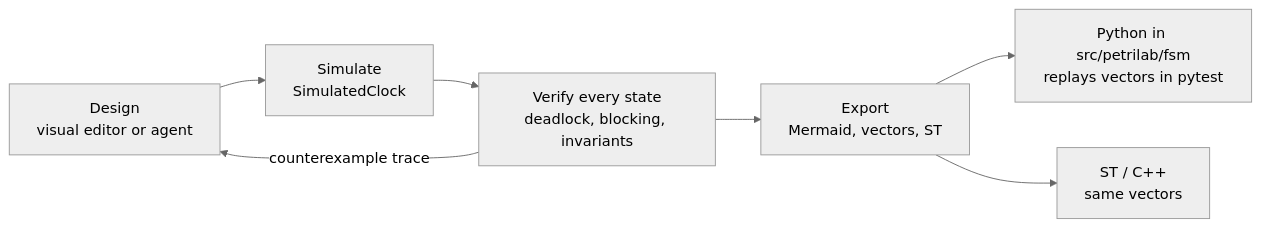
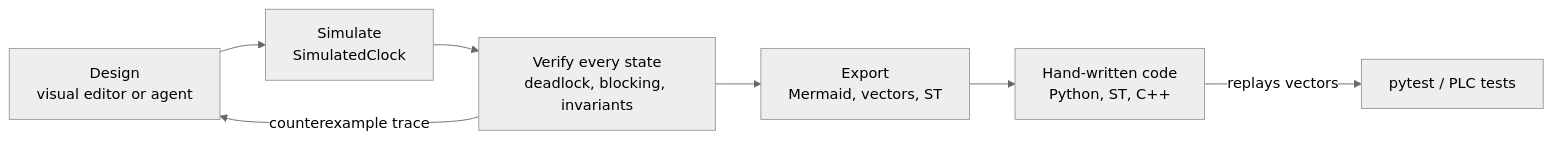
The diagram in docs/fsm/xstate.md (AleFire99/Petri_nets), drawn with Mermaid (neutral theme) before and after one commit. The commit also changed other lines of this file and 96 other files, not shown here.

````diff
--- a/docs/fsm/xstate.md
+++ b/docs/fsm/xstate.md
@@ -5,9 +5,9 @@
 ```mermaid
 flowchart LR
     D[Design<br/>visual editor or agent] --> S[Simulate<br/>SimulatedClock]
     S --> V[Verify every state<br/>deadlock, blocking, invariants]
     V -- counterexample trace --> D
     V --> E[Export<br/>Mermaid, vectors, ST]
-    E --> P[Python in src/petrilab/fsm<br/>replays vectors in pytest]
-    E --> C[ST / C++<br/>same vectors]
+    E --> P[Hand-written code<br/>Python, ST, C++]
+    P -- replays vectors --> T[pytest / PLC tests]
 ```
````
